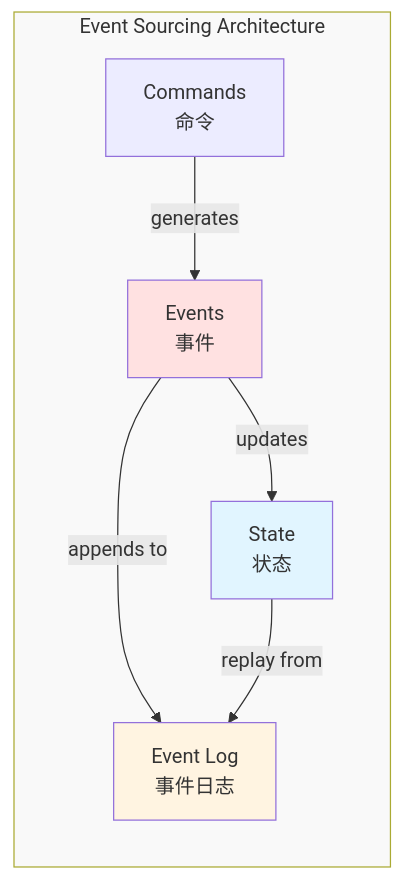
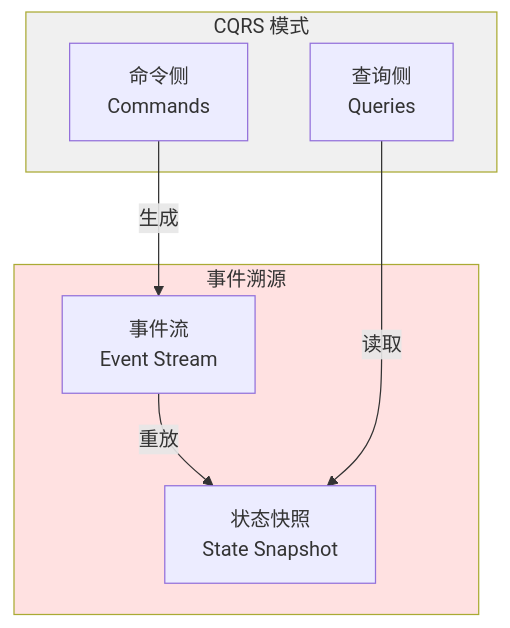
Before and after one commit to Wanger-SJTU/wanger-sjtu.github.io: the seventh of 33 diagrams in source/_posts/exo-4plus1.md, drawn with Mermaid. The commit also changed other lines of this file, not shown here.

````diff
--- a/source/_posts/exo-4plus1.md
+++ b/source/_posts/exo-4plus1.md
@@ -38,19 +248,19 @@
 ```mermaid
-graph LR
-    subgraph ES["Event Sourcing Architecture"]
-        CMD["Commands<br/>命令"]
-        EVT["Events<br/>事件"]
-        STATE["State<br/>状态"]
-        LOG["Event Log<br/>事件日志"]
+graph TB
+    subgraph CQRS["CQRS 模式"]
+        CMD["命令侧<br/>Commands"]
+        QUERY["查询侧<br/>Queries"]
+    end
+    
+    subgraph ES["事件溯源"]
+        EVT["事件流<br/>Event Stream"]
+        STATE["状态快照<br/>State Snapshot"]
     end
 
-    CMD -->|"generates"| EVT
-    EVT -->|"appends to"| LOG
-    EVT -->|"updates"| STATE
-    STATE -->|"replay from"| LOG
+    CMD -->|"生成"| EVT
+    EVT -->|"重放"| STATE
+    QUERY -->|"读取"| STATE
 
-    style ES fill:#f9f9f9
-    style EVT fill:#ffe1e1
-    style STATE fill:#e1f5ff
-    style LOG fill:#fff4e1
+    style CQRS fill:#f0f0f0
+    style ES fill:#ffe1e1
 ```
````
